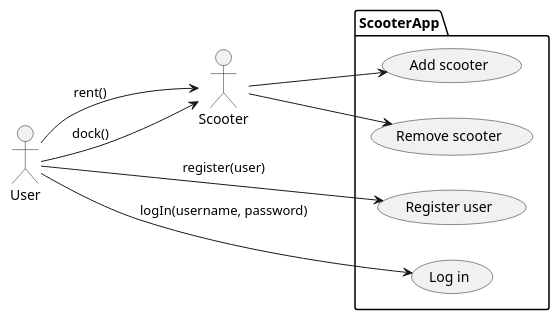
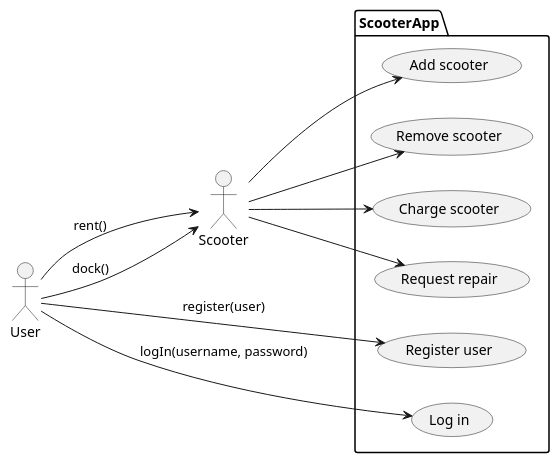
One commit to vicbrooke/scooter-project changed the diagram in spec/use_case_diagram.puml. Above: the diagram before and after it, drawn with PlantUML.

Commit message:
Updated use case diagram

```diff
--- a/spec/use_case_diagram.puml
+++ b/spec/use_case_diagram.puml
@@ -1,20 +1,24 @@
 @startuml use_case
 left to right direction
 actor User as g
 actor Scooter as s
 package ScooterApp {
 usecase "Register user" as UC1
 usecase "Log in" as UC2
 usecase "Add scooter" as UC3
 usecase "Remove scooter" as UC4
+usecase "Charge scooter" as UC5
+usecase "Request repair" as UC6
 }
 
 g --> UC1: register(user)
 g --> UC2: logIn(username, password)
 g --> s: rent()
 s --> UC4
 g --> s: dock()
 s --> UC3
+s --> UC5
+s --> UC6
 
 
 @enduml
```
